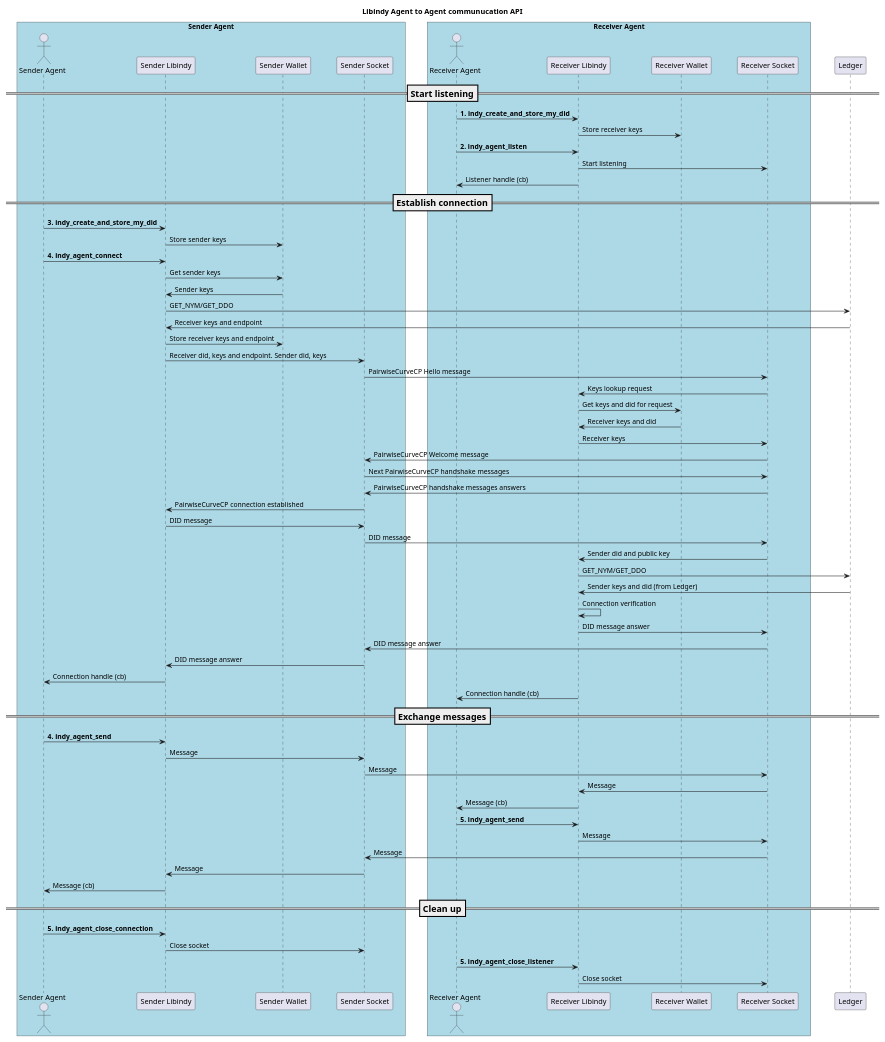
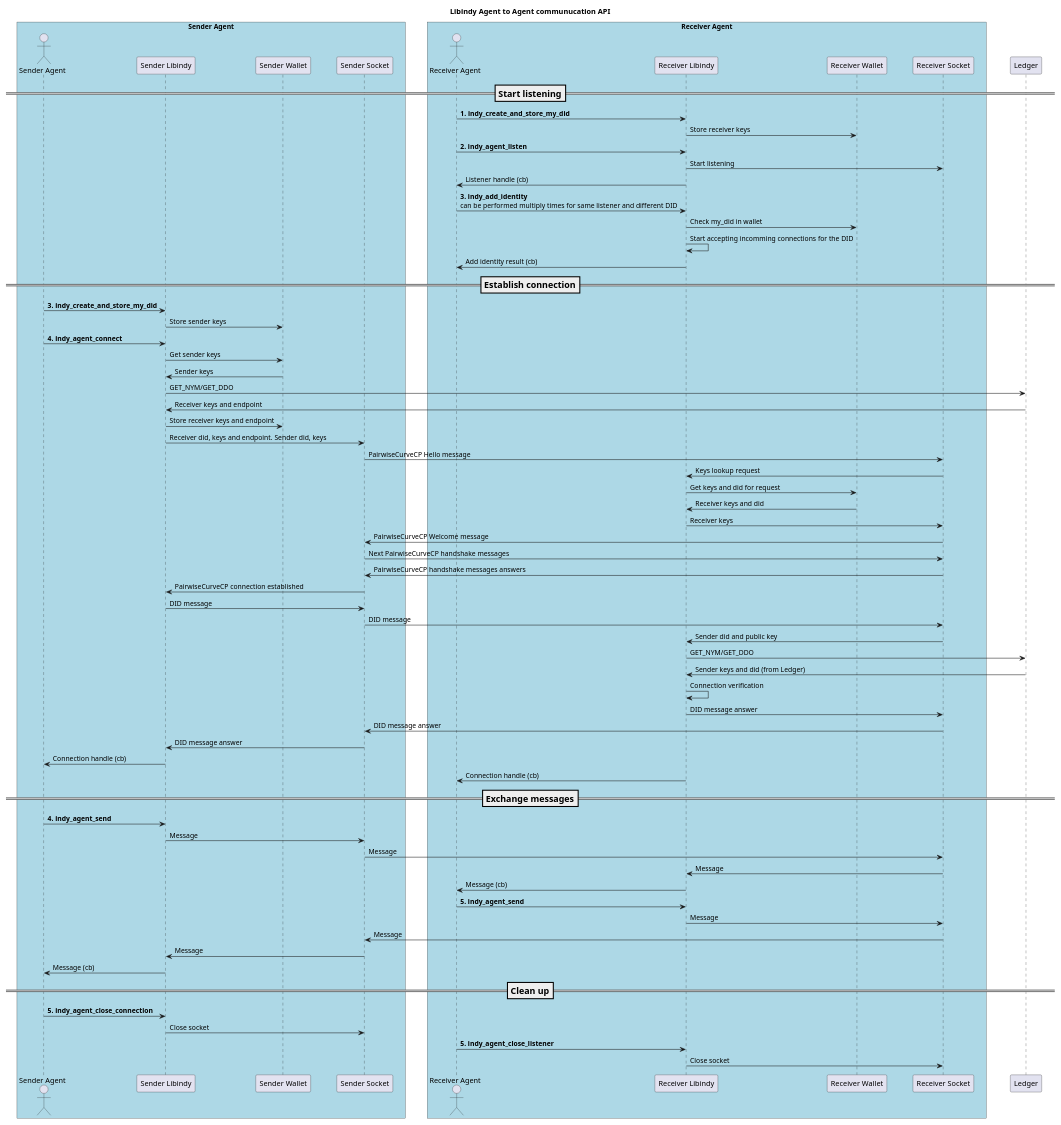
One commit to hyperledger-archives/indy-sdk changed the diagram in doc/libindy-agent-2-agent.puml. Above: the diagram before and after it, drawn with PlantUML.

Commit message:
Update A2A UML: describe add_identity step

```diff
--- a/doc/libindy-agent-2-agent.puml
+++ b/doc/libindy-agent-2-agent.puml
@@ -1,93 +1,98 @@
 @startuml
 skinparam ParticipantPadding 20
 skinparam BoxPadding 20
 
 title Libindy Agent to Agent communucation API
 scale 0.9
 
 box "Sender Agent" #LightBlue
 actor "Sender Agent" as SA
 participant "Sender Libindy" as SL
 participant "Sender Wallet" as SW
 participant "Sender Socket" as SS
 endbox
 
 box "Receiver Agent" #LightBlue
 actor "Receiver Agent" as RA
 participant "Receiver Libindy" as RL
 participant "Receiver Wallet" as RW
 participant "Receiver Socket" as RS
 endbox
 
 participant "Ledger" as L
 
 === Start listening ==
 
 RA -> RL: <b>1. indy_create_and_store_my_did
 RL -> RW: Store receiver keys
 
 RA -> RL: <b>2. indy_agent_listen
 RL -> RS: Start listening
 RL -> RA: Listener handle (cb)
+
+RA -> RL: <b>3. indy_add_identity \ncan be performed multiply times for same listener and different DID
+RL -> RW: Check my_did in wallet
+RL -> RL: Start accepting incomming connections for the DID
+RL -> RA: Add identity result (cb)
 
 === Establish connection ==
 
 SA -> SL: <b>3. indy_create_and_store_my_did
 SL -> SW: Store sender keys
 
 SA -> SL: <b>4. indy_agent_connect
 SL -> SW: Get sender keys
 SW -> SL: Sender keys
 SL -> L: GET_NYM/GET_DDO
 L -> SL: Receiver keys and endpoint
 SL -> SW: Store receiver keys and endpoint
 
 SL -> SS: Receiver did, keys and endpoint. Sender did, keys
 
 SS -> RS: PairwiseCurveCP Hello message
 RS -> RL: Keys lookup request
 RL -> RW: Get keys and did for request
 RW -> RL: Receiver keys and did
 RL -> RS: Receiver keys
 RS -> SS: PairwiseCurveCP Welcome message
 
 SS -> RS: Next PairwiseCurveCP handshake messages
 RS -> SS: PairwiseCurveCP handshake messages answers
 
 SS -> SL: PairwiseCurveCP connection established
 
 SL -> SS: DID message
 SS -> RS: DID message
 RS -> RL: Sender did and public key
 RL -> L: GET_NYM/GET_DDO
 L -> RL: Sender keys and did (from Ledger)
 RL -> RL: Connection verification
 RL -> RS: DID message answer
 RS -> SS: DID message answer
 SS -> SL: DID message answer
 SL -> SA: Connection handle (cb)
 RL -> RA: Connection handle (cb)
 
 === Exchange messages ==
 
 SA -> SL: <b>4. indy_agent_send
 SL -> SS: Message
 SS -> RS: Message
 RS -> RL: Message
 RL -> RA: Message (cb)
 
 RA -> RL: <b>5. indy_agent_send
 RL -> RS: Message
 RS -> SS: Message
 SS -> SL: Message
 SL -> SA: Message (cb)
 
 === Clean up ==
 
 SA -> SL:  <b>5. indy_agent_close_connection
 SL -> SS: Close socket
 
 RA -> RL: <b>5. indy_agent_close_listener
 RL -> RS: Close socket
 
 @enduml
```
